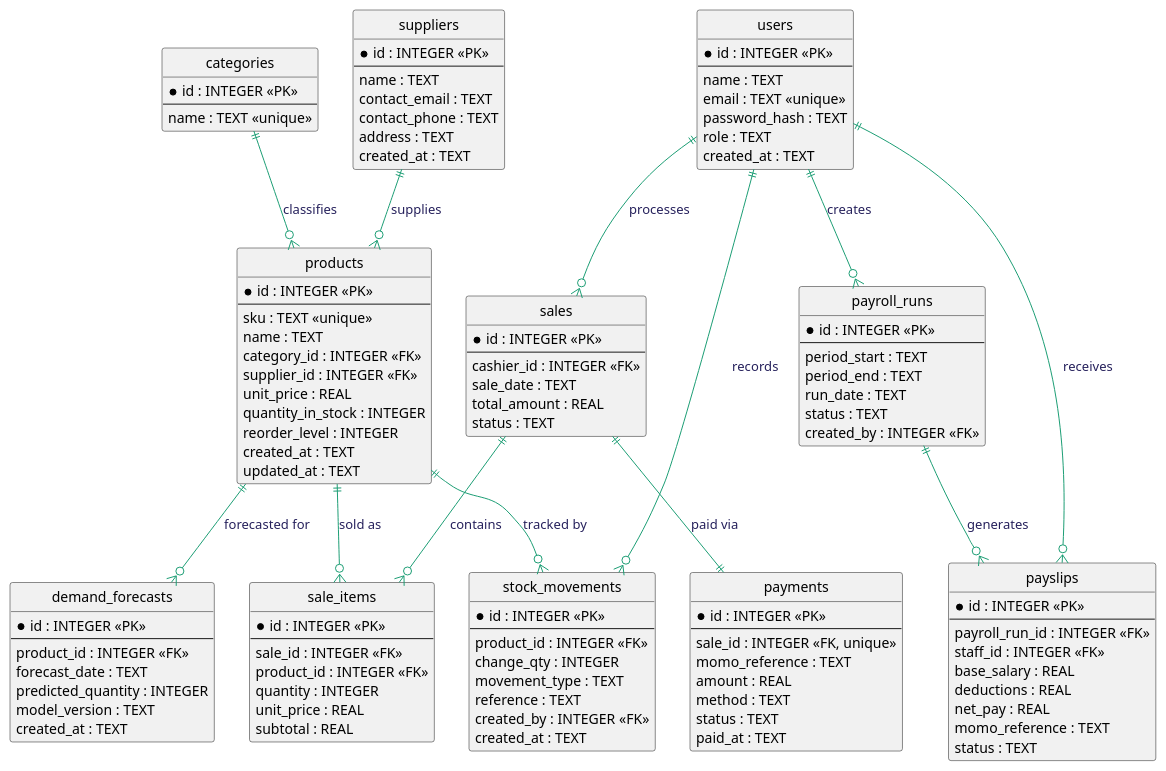
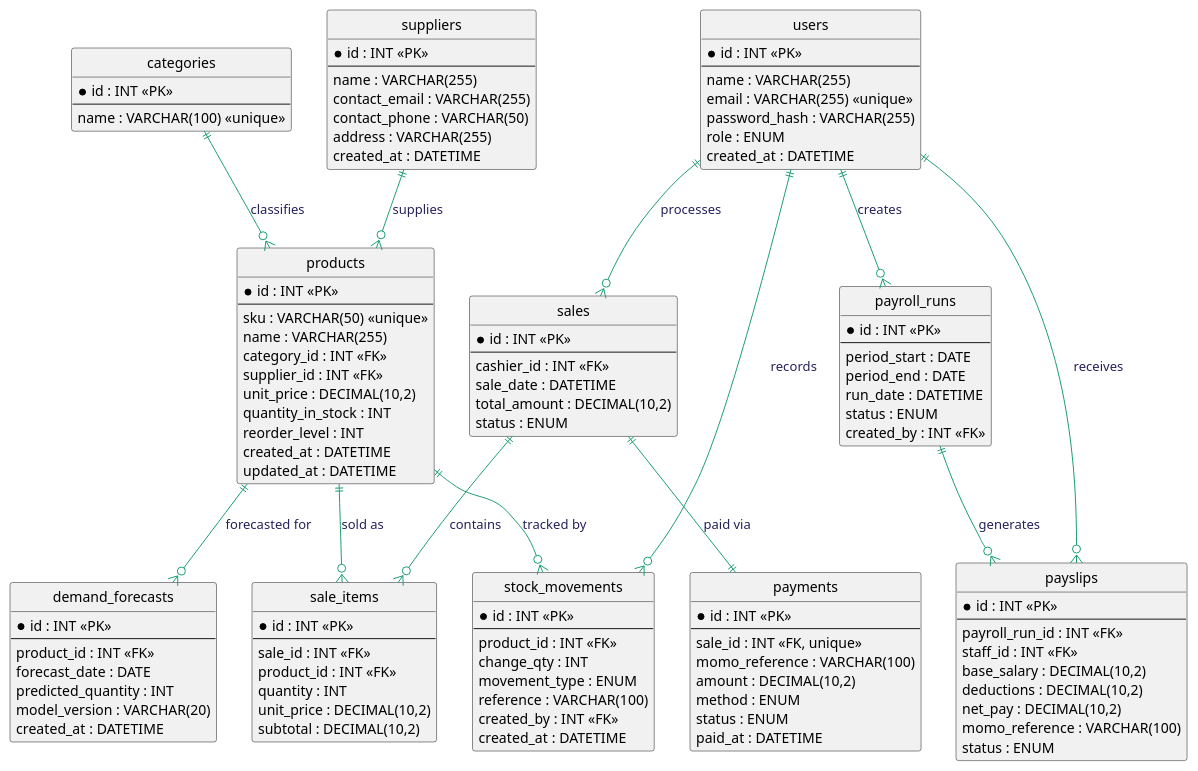
The diagram in documentation/week2/er_diagram.puml (Suraku237/MarketFlow), drawn with PlantUML before and after one commit. The commit also changed 19 other files, not shown here.

```diff
--- a/documentation/week2/er_diagram.puml
+++ b/documentation/week2/er_diagram.puml
@@ -1,146 +1,146 @@
 @startuml er_diagram
 hide circle
 skinparam backgroundColor #FFFFFF
 skinparam defaultFontName "Helvetica"
 skinparam entity {
   BackgroundColor #F1EFE8
   BorderColor #3C3489
   FontColor #2C2C2A
 }
 skinparam arrow {
   Color #1D9E75
   FontColor #26215C
 }
 
 ' ===================== INVENTORY MODULE =====================
 entity "categories" as categories {
-  * id : INTEGER <<PK>>
+  * id : INT <<PK>>
   --
-  name : TEXT <<unique>>
+  name : VARCHAR(100) <<unique>>
 }
 
 entity "suppliers" as suppliers {
-  * id : INTEGER <<PK>>
+  * id : INT <<PK>>
   --
-  name : TEXT
-  contact_email : TEXT
-  contact_phone : TEXT
-  address : TEXT
-  created_at : TEXT
+  name : VARCHAR(255)
+  contact_email : VARCHAR(255)
+  contact_phone : VARCHAR(50)
+  address : VARCHAR(255)
+  created_at : DATETIME
 }
 
 entity "products" as products {
-  * id : INTEGER <<PK>>
+  * id : INT <<PK>>
   --
-  sku : TEXT <<unique>>
-  name : TEXT
-  category_id : INTEGER <<FK>>
-  supplier_id : INTEGER <<FK>>
-  unit_price : REAL
-  quantity_in_stock : INTEGER
-  reorder_level : INTEGER
-  created_at : TEXT
-  updated_at : TEXT
+  sku : VARCHAR(50) <<unique>>
+  name : VARCHAR(255)
+  category_id : INT <<FK>>
+  supplier_id : INT <<FK>>
+  unit_price : DECIMAL(10,2)
+  quantity_in_stock : INT
+  reorder_level : INT
+  created_at : DATETIME
+  updated_at : DATETIME
 }
 
 entity "stock_movements" as stock_movements {
-  * id : INTEGER <<PK>>
+  * id : INT <<PK>>
   --
-  product_id : INTEGER <<FK>>
-  change_qty : INTEGER
-  movement_type : TEXT
-  reference : TEXT
-  created_by : INTEGER <<FK>>
-  created_at : TEXT
+  product_id : INT <<FK>>
+  change_qty : INT
+  movement_type : ENUM
+  reference : VARCHAR(100)
+  created_by : INT <<FK>>
+  created_at : DATETIME
 }
 
 ' ===================== STAFF (shared) =====================
 entity "users" as users {
-  * id : INTEGER <<PK>>
+  * id : INT <<PK>>
   --
-  name : TEXT
-  email : TEXT <<unique>>
-  password_hash : TEXT
-  role : TEXT
-  created_at : TEXT
+  name : VARCHAR(255)
+  email : VARCHAR(255) <<unique>>
+  password_hash : VARCHAR(255)
+  role : ENUM
+  created_at : DATETIME
 }
 
 ' ===================== SALES MODULE =====================
 entity "sales" as sales {
-  * id : INTEGER <<PK>>
+  * id : INT <<PK>>
   --
-  cashier_id : INTEGER <<FK>>
-  sale_date : TEXT
-  total_amount : REAL
-  status : TEXT
+  cashier_id : INT <<FK>>
+  sale_date : DATETIME
+  total_amount : DECIMAL(10,2)
+  status : ENUM
 }
 
 entity "sale_items" as sale_items {
-  * id : INTEGER <<PK>>
+  * id : INT <<PK>>
   --
-  sale_id : INTEGER <<FK>>
-  product_id : INTEGER <<FK>>
-  quantity : INTEGER
-  unit_price : REAL
-  subtotal : REAL
+  sale_id : INT <<FK>>
+  product_id : INT <<FK>>
+  quantity : INT
+  unit_price : DECIMAL(10,2)
+  subtotal : DECIMAL(10,2)
 }
 
 entity "payments" as payments {
-  * id : INTEGER <<PK>>
+  * id : INT <<PK>>
   --
-  sale_id : INTEGER <<FK, unique>>
-  momo_reference : TEXT
-  amount : REAL
-  method : TEXT
-  status : TEXT
-  paid_at : TEXT
+  sale_id : INT <<FK, unique>>
+  momo_reference : VARCHAR(100)
+  amount : DECIMAL(10,2)
+  method : ENUM
+  status : ENUM
+  paid_at : DATETIME
 }
 
 entity "demand_forecasts" as demand_forecasts {
-  * id : INTEGER <<PK>>
+  * id : INT <<PK>>
   --
-  product_id : INTEGER <<FK>>
-  forecast_date : TEXT
-  predicted_quantity : INTEGER
-  model_version : TEXT
-  created_at : TEXT
+  product_id : INT <<FK>>
+  forecast_date : DATE
+  predicted_quantity : INT
+  model_version : VARCHAR(20)
+  created_at : DATETIME
 }
 
 ' ===================== PAYROLL MODULE =====================
 entity "payroll_runs" as payroll_runs {
-  * id : INTEGER <<PK>>
+  * id : INT <<PK>>
   --
-  period_start : TEXT
-  period_end : TEXT
-  run_date : TEXT
-  status : TEXT
-  created_by : INTEGER <<FK>>
+  period_start : DATE
+  period_end : DATE
+  run_date : DATETIME
+  status : ENUM
+  created_by : INT <<FK>>
 }
 
 entity "payslips" as payslips {
-  * id : INTEGER <<PK>>
+  * id : INT <<PK>>
   --
-  payroll_run_id : INTEGER <<FK>>
-  staff_id : INTEGER <<FK>>
-  base_salary : REAL
-  deductions : REAL
-  net_pay : REAL
-  momo_reference : TEXT
-  status : TEXT
+  payroll_run_id : INT <<FK>>
+  staff_id : INT <<FK>>
+  base_salary : DECIMAL(10,2)
+  deductions : DECIMAL(10,2)
+  net_pay : DECIMAL(10,2)
+  momo_reference : VARCHAR(100)
+  status : ENUM
 }
 
 ' ===================== RELATIONSHIPS =====================
 categories ||--o{ products : classifies
 suppliers  ||--o{ products : supplies
 products   ||--o{ stock_movements : "tracked by"
 users      ||--o{ stock_movements : records
 users      ||--o{ sales : processes
 sales      ||--o{ sale_items : contains
 products   ||--o{ sale_items : "sold as"
 sales      ||--|| payments : "paid via"
 products   ||--o{ demand_forecasts : "forecasted for"
 users      ||--o{ payroll_runs : creates
 payroll_runs ||--o{ payslips : generates
 users      ||--o{ payslips : receives
 
 @enduml
```
